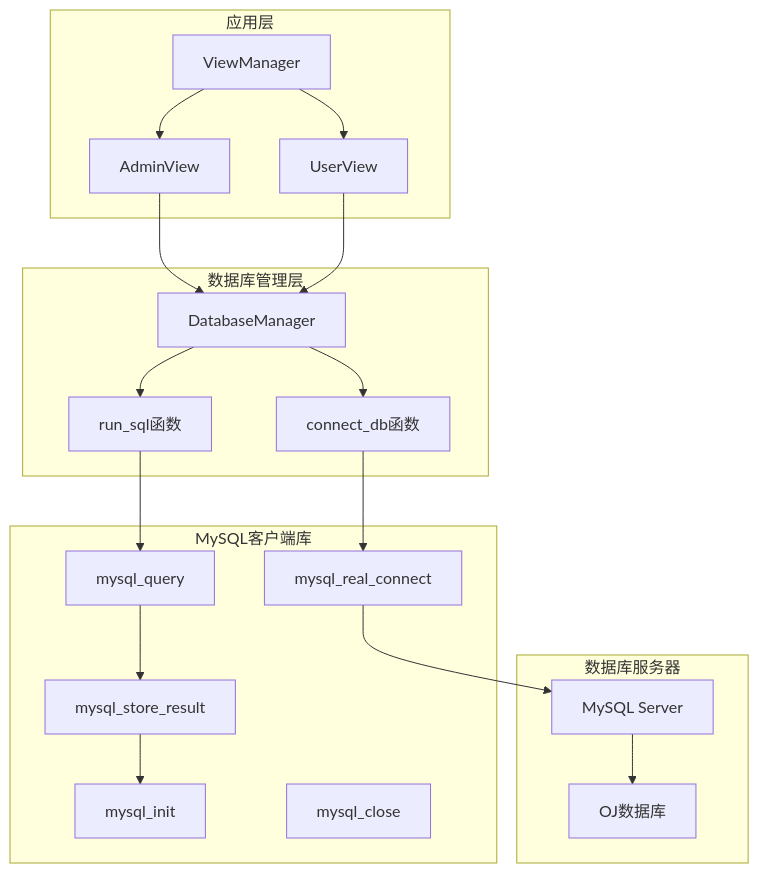
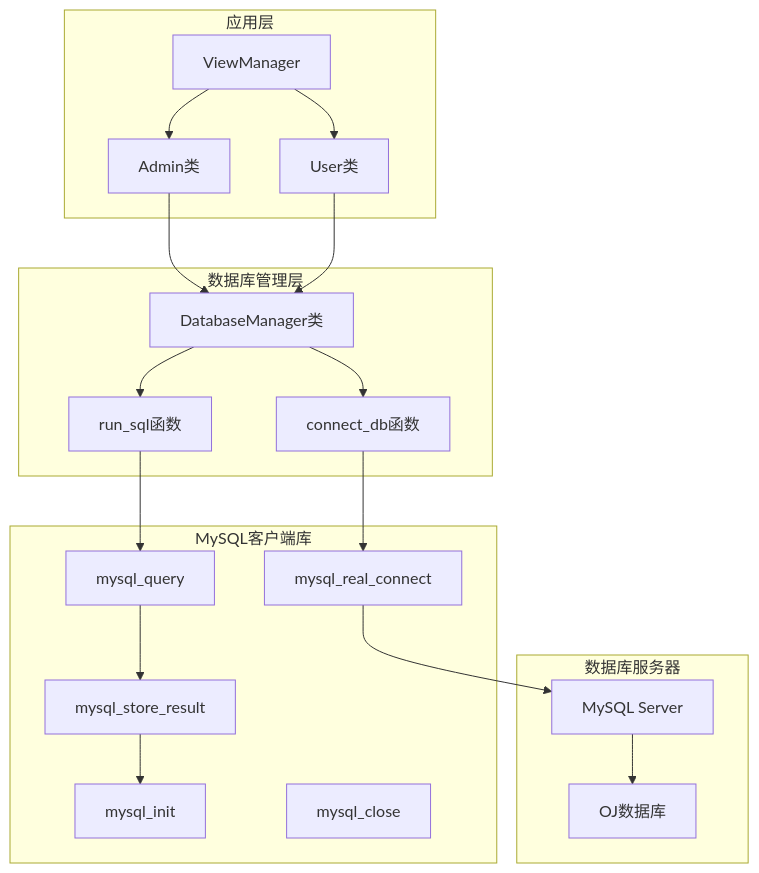
One commit to jinpeng900/OJ-Test changed the second of 8 diagrams in .qoder/repowiki/zh/content/系统架构设计/数据库管理层设计.md. Above: the diagram before and after it, drawn with Mermaid. The commit also changed other lines of this file and 44 other files, not shown here.

````diff
--- a/.qoder/repowiki/zh/content/系统架构设计/数据库管理层设计.md
+++ b/.qoder/repowiki/zh/content/系统架构设计/数据库管理层设计.md
@@ -102,36 +115,36 @@
 ```mermaid
 graph TB
 subgraph "应用层"
-A[AdminView]
-B[UserView]
+A[Admin类]
+B[User类]
 C[ViewManager]
 end
 subgraph "数据库管理层"
-D[DatabaseManager]
-E[run_sql函数]
-F[connect_db函数]
+D[DatabaseManager类]
+E[connect_db函数]
+F[run_sql函数]
 end
 subgraph "MySQL客户端库"
 G[mysql_init]
 H[mysql_real_connect]
 I[mysql_query]
 J[mysql_store_result]
 K[mysql_close]
 end
 subgraph "数据库服务器"
 L[MySQL Server]
 M[OJ数据库]
 end
 A --> D
 B --> D
 C --> A
 C --> B
 D --> E
 D --> F
-E --> I
-F --> H
+E --> H
+F --> I
 I --> J
 J --> G
 H --> L
 L --> M
 ```
````
